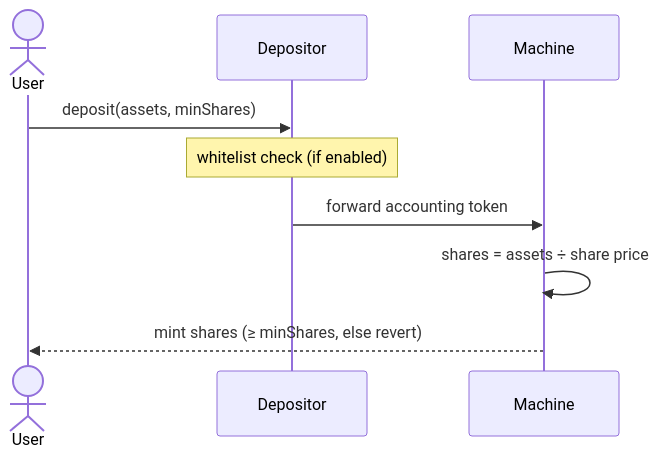
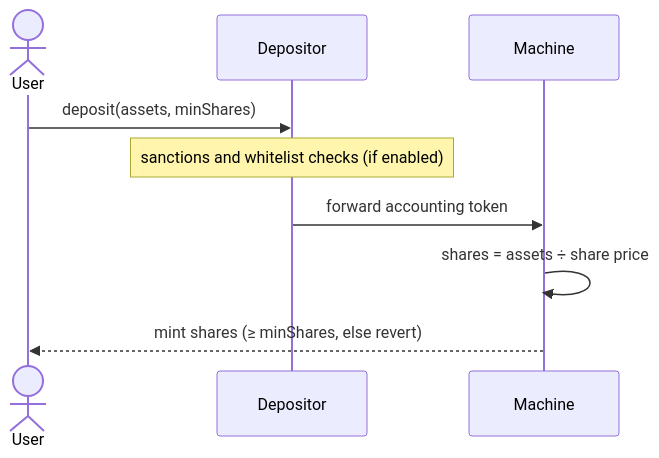
One commit to MakinaHQ/docs changed the diagram in src/pages/concepts/architecture/machine/deposits.md. Above: the diagram before and after it, drawn with Mermaid. The commit also changed other lines of this file and 269 other files, not shown here.

````diff
--- a/src/pages/concepts/architecture/machine/deposits.md
+++ b/src/pages/concepts/architecture/machine/deposits.md
@@ -10,11 +10,11 @@
 ```mermaid
 sequenceDiagram
     actor User
     participant D as Depositor
     participant M as Machine
     User->>D: deposit(assets, minShares)
-    Note over D: whitelist check (if enabled)
+    Note over D: sanctions and whitelist checks (if enabled)
     D->>M: forward accounting token
     M->>M: shares = assets ÷ share price
     M-->>User: mint shares (≥ minShares, else revert)
 ```
````
